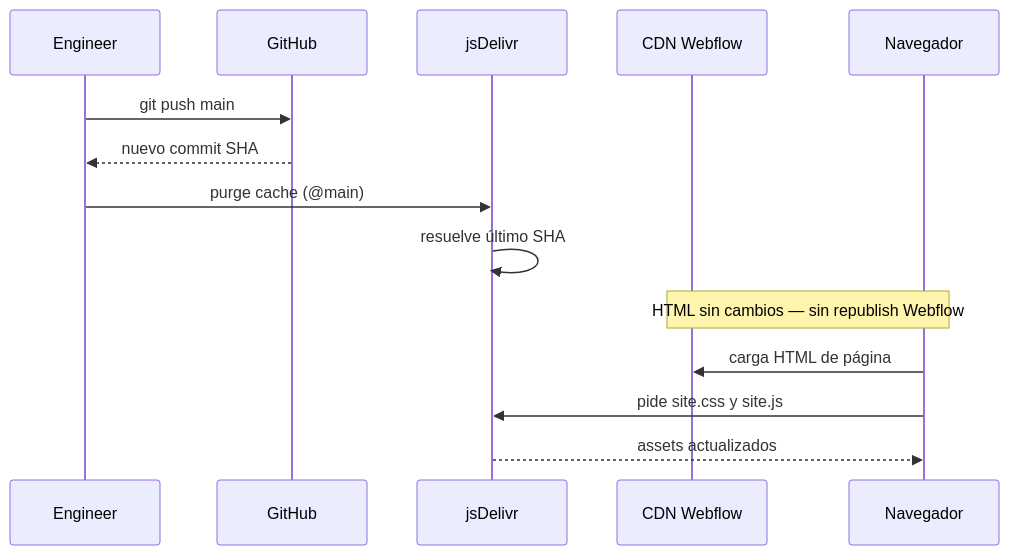
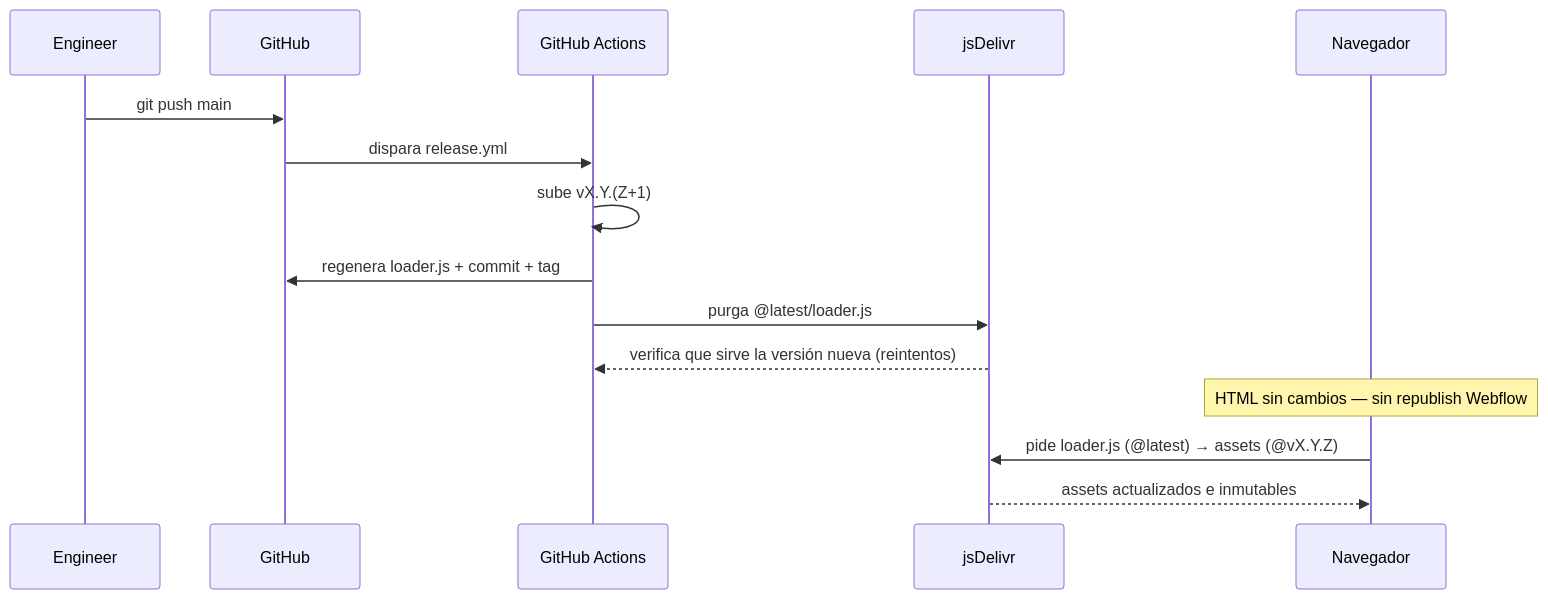
The second of 2 diagrams in apps/web/src/content/projects/atom-webflow-es.md (karenrebecag/Portfolio2026), drawn with Mermaid before and after one commit. The commit also changed other lines of this file and 2 other files, not shown here.

First line of the commit message:
content(article): rewrite webflow-in-production CDN/CI section and anonymize client

````diff
--- a/apps/web/src/content/projects/atom-webflow-es.md
+++ b/apps/web/src/content/projects/atom-webflow-es.md
@@ -133,17 +138,18 @@
-```mermaid Pipeline de deploy
+```mermaid Pipeline de deploy (manejado por CI)
 sequenceDiagram
   participant Eng as Engineer
   participant GH as GitHub
+  participant CI as GitHub Actions
   participant JD as jsDelivr
-  participant WF as CDN Webflow
   participant Browser as Navegador
 
   Eng->>GH: git push main
-  GH-->>Eng: nuevo commit SHA
-  Eng->>JD: purge cache (@main)
-  JD->>JD: resuelve último SHA
-  Note over WF,Browser: HTML sin cambios — sin republish Webflow
-  Browser->>WF: carga HTML de página
-  Browser->>JD: pide site.css y site.js
-  JD-->>Browser: assets actualizados
+  GH->>CI: dispara release.yml
+  CI->>CI: sube vX.Y.(Z+1)
+  CI->>GH: regenera loader.js + commit + tag
+  CI->>JD: purga @latest/loader.js
+  JD-->>CI: verifica que sirve la versión nueva (reintentos)
+  Note over Browser: HTML sin cambios — sin republish Webflow
+  Browser->>JD: pide loader.js (@latest) → assets (@vX.Y.Z)
+  JD-->>Browser: assets actualizados e inmutables
 ```
````
